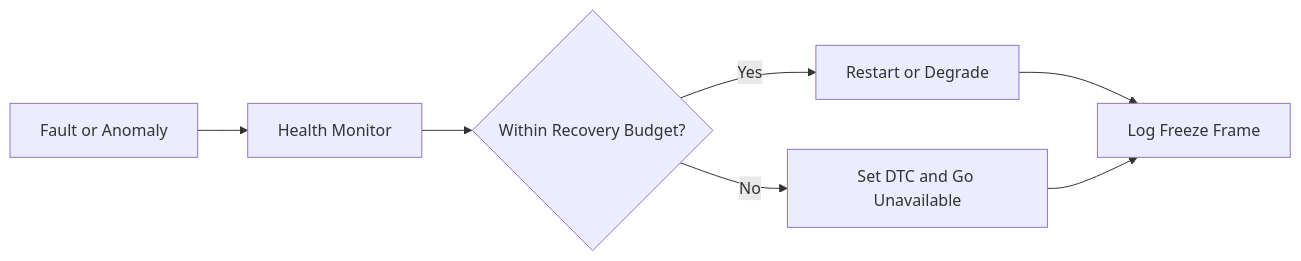
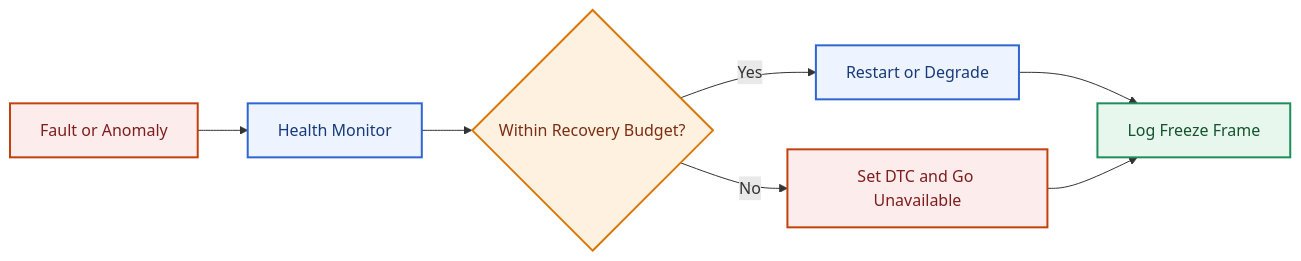
Before and after one commit to LeNguyenHaiDuong/adas-tsr: diagram 28 of 48 in research/1.research_tsr_three_part_unified.md, drawn with Mermaid. The commit also changed other lines of this file and 5 other files, not shown here.

Commit message:
Add mermaid color

````diff
--- a/research/1.research_tsr_three_part_unified.md
+++ b/research/1.research_tsr_three_part_unified.md
@@ -1875,9 +1955,18 @@
 ```mermaid
 flowchart LR
     A[Fault or Anomaly] --> B[Health Monitor]
     B --> C{Within Recovery Budget?}
     C -- Yes --> D[Restart or Degrade]
     C -- No --> E[Set DTC and Go Unavailable]
     D --> F[Log Freeze Frame]
     E --> F
+
+    classDef risk fill:#FDECEC,stroke:#C2410C,color:#7F1D1D,stroke-width:2px;
+    classDef feature fill:#EDF3FF,stroke:#2F66D0,color:#173B7A,stroke-width:2px;
+    classDef decision fill:#FFF1E0,stroke:#D97706,color:#7C2D12,stroke-width:2px;
+    classDef integration fill:#E8F7EE,stroke:#1E8E5A,color:#14532D,stroke-width:2px;
+    class A,E risk;
+    class B,D feature;
+    class C decision;
+    class F integration;
 ```
````
